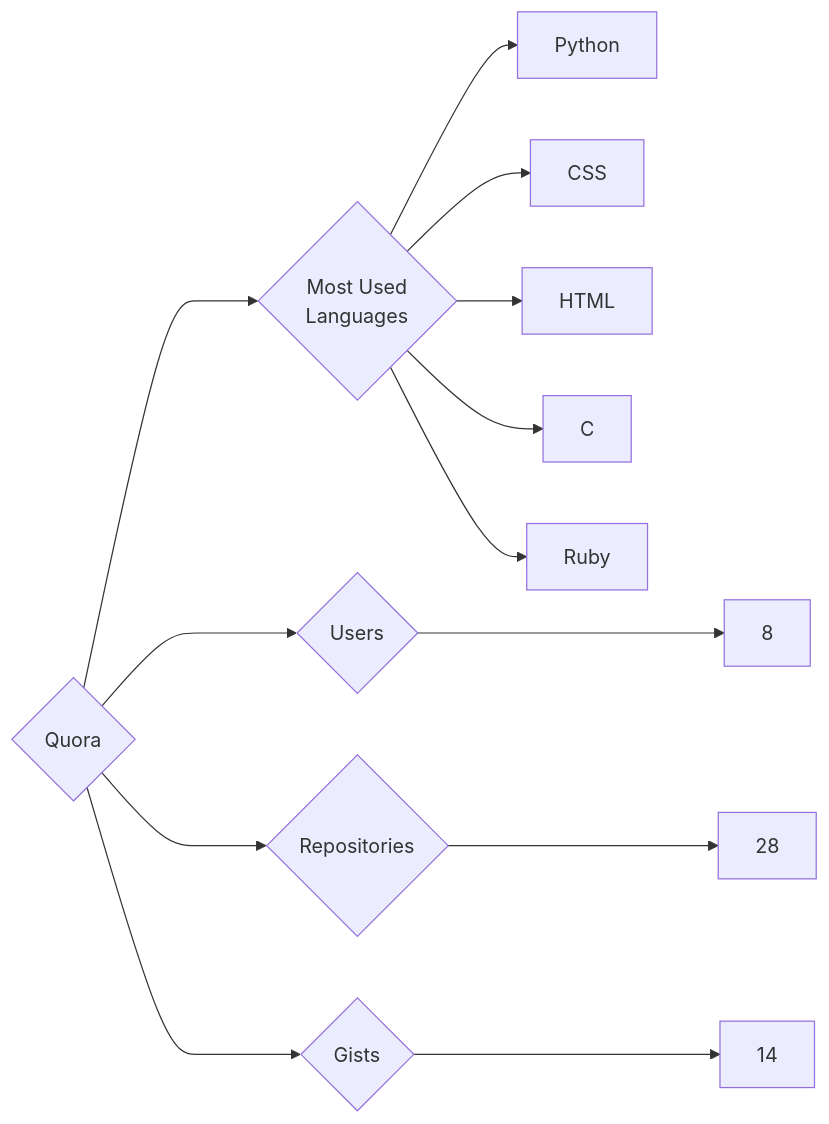
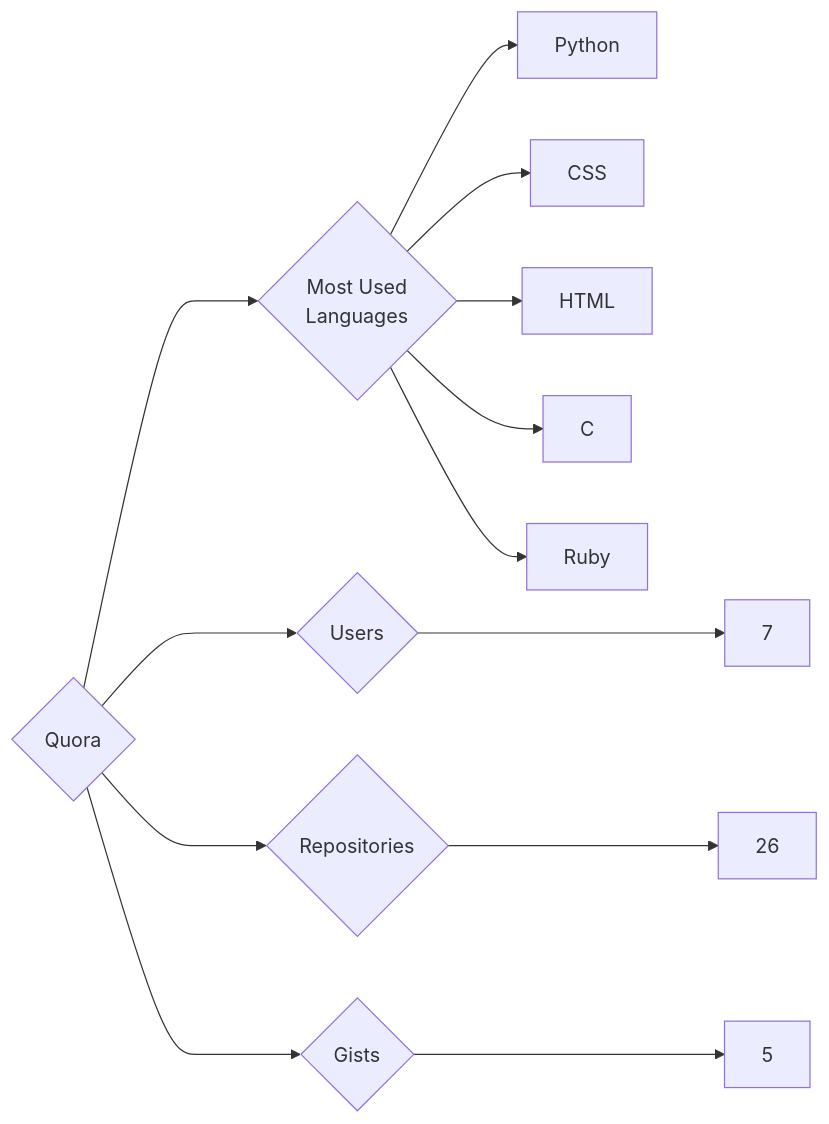
Before and after one commit to trickest/insiders: the diagram in targets/Quora/README.md, drawn with Mermaid. The commit also changed 972 other files, not shown here.

````diff
--- a/targets/Quora/README.md
+++ b/targets/Quora/README.md
@@ -3,13 +3,13 @@
 ```mermaid
 graph LR
 COMPANY_NAME{Quora}
-COMPANY_NAME ---> U{Users} ---> UN[8]
-COMPANY_NAME ---> R{Repositories} ---> RN[28]
-COMPANY_NAME ---> G{Gists} ---> GN[14]
+COMPANY_NAME ---> U{Users} ---> UN[7]
+COMPANY_NAME ---> R{Repositories} ---> RN[26]
+COMPANY_NAME ---> G{Gists} ---> GN[5]
 COMPANY_NAME ---> ML{Most Used<br>Languages}
 ML --> Python[Python]
 ML --> CSS[CSS]
 ML --> HTML[HTML]
 ML --> C[C]
 ML --> Ruby[Ruby]
 ```
````
